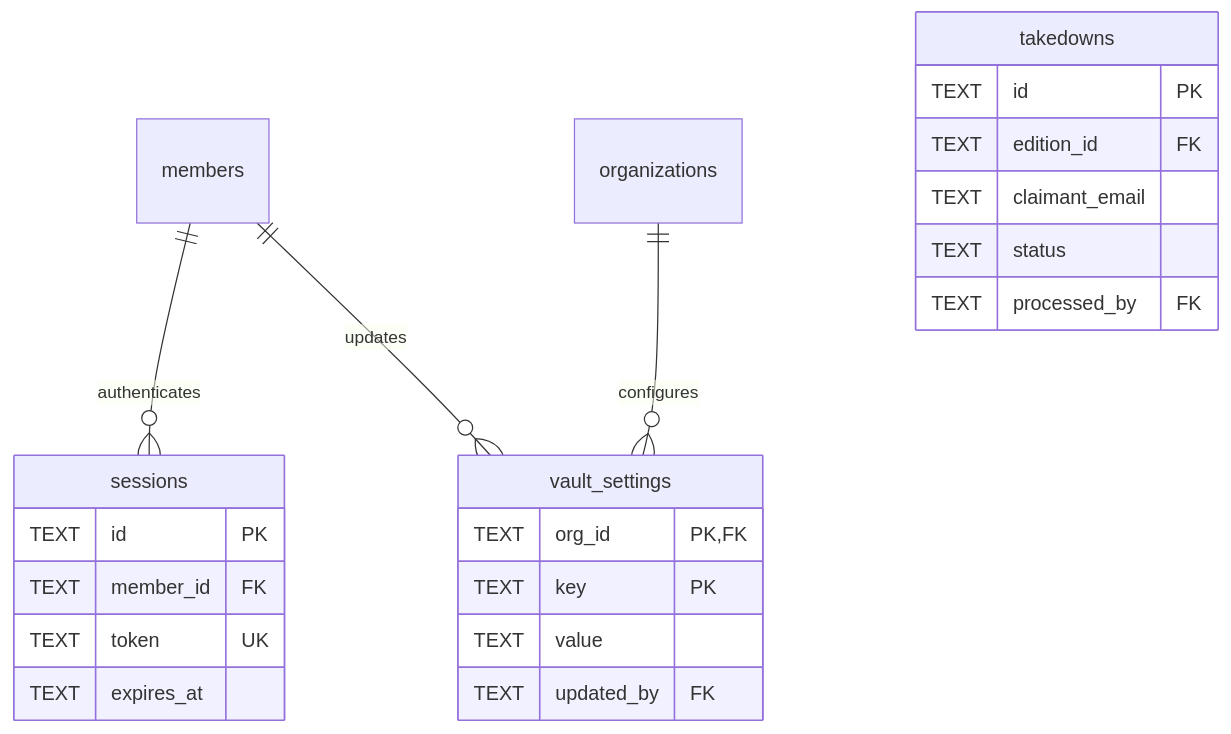
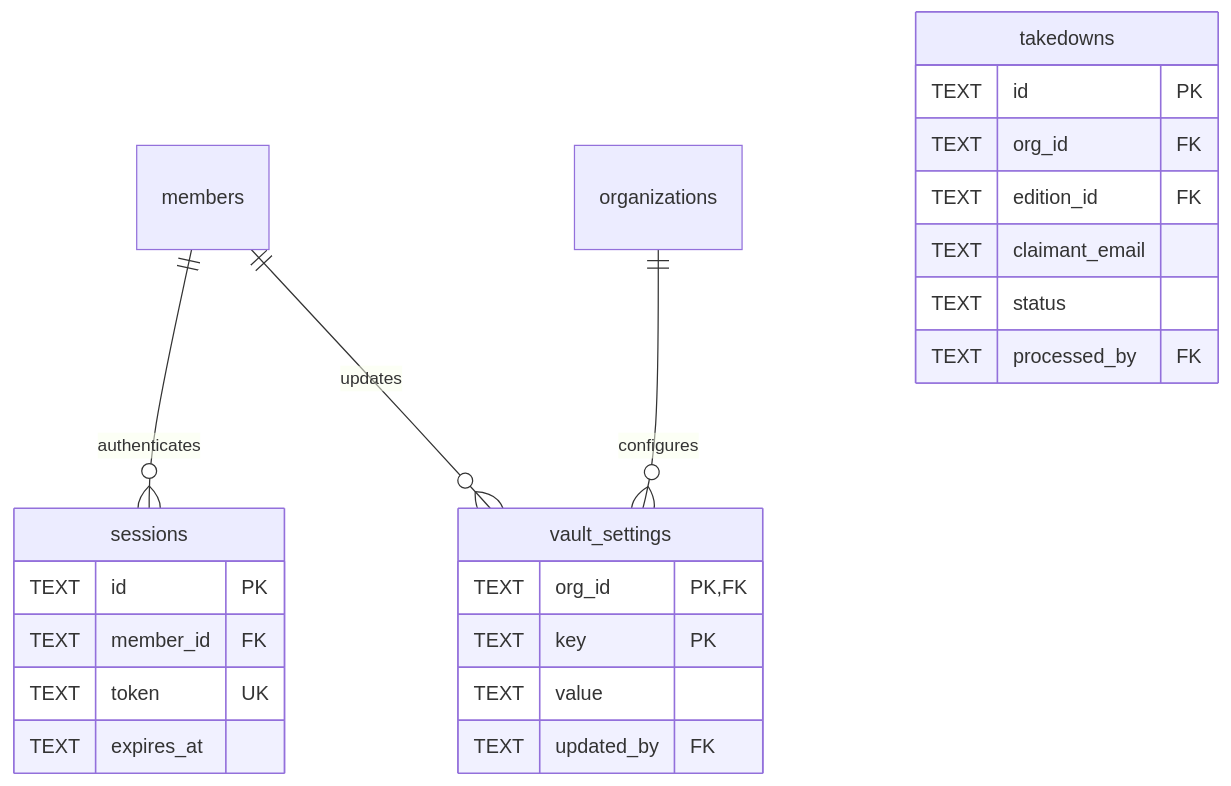
Before and after one commit to mitselek/polyphony: the eighth of 9 diagrams in docs/DATABASE-SCHEMA.md, drawn with Mermaid. The commit also changed other lines of this file and 15 other files, not shown here.

````diff
--- a/docs/DATABASE-SCHEMA.md
+++ b/docs/DATABASE-SCHEMA.md
@@ -829,28 +838,29 @@
 ```mermaid
 erDiagram
     members ||--o{ sessions : "authenticates"
     organizations ||--o{ vault_settings : "configures"
     members ||--o{ vault_settings : "updates"
 
     sessions {
         TEXT id PK
         TEXT member_id FK
         TEXT token UK
         TEXT expires_at
     }
 
     vault_settings {
         TEXT org_id PK,FK
         TEXT key PK
         TEXT value
         TEXT updated_by FK
     }
 
     takedowns {
         TEXT id PK
+        TEXT org_id FK
         TEXT edition_id FK
         TEXT claimant_email
         TEXT status
         TEXT processed_by FK
     }
 ```
````
